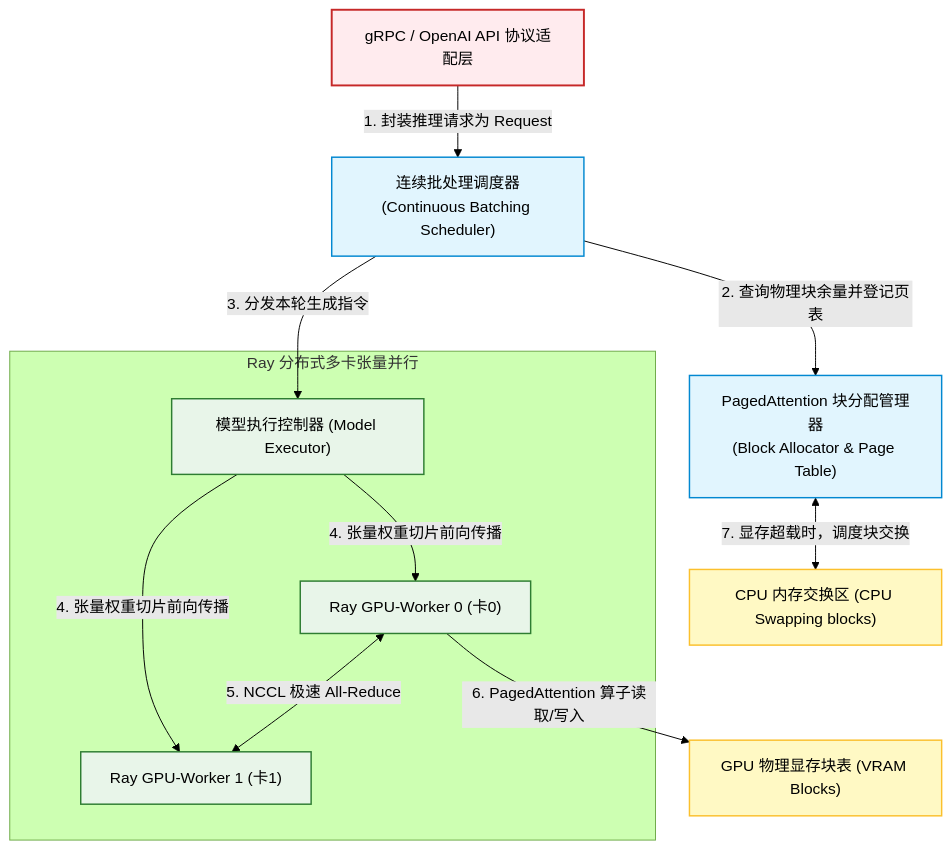
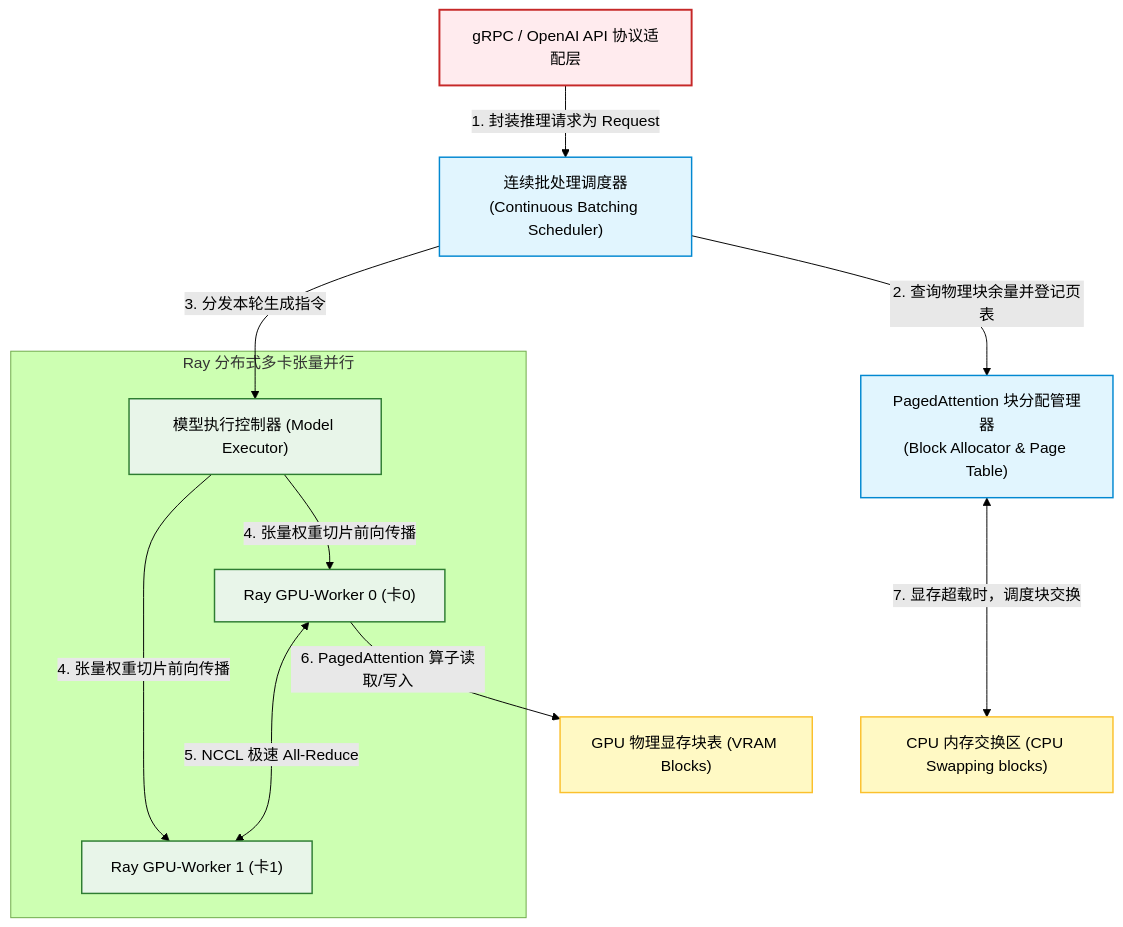
Before and after one commit to koosai/AI-Architect-Learning: the third of 8 diagrams in docs/atlas/vllm.mdx, drawn with Mermaid (forest theme). The commit also changed 68 other files, not shown here.

Commit message:
fix(atlas): fix browser client-side Mermaid rendering for mindmaps and flowcharts across 67 case studies

````diff
--- a/docs/atlas/vllm.mdx
+++ b/docs/atlas/vllm.mdx
@@ -160,23 +160,23 @@
 ```mermaid
 graph TB
   classDef interface fill:#ffebee,stroke:#c62828,stroke-width:2px;
   classDef scheduler fill:#e1f5fe,stroke:#0288d1,stroke-width:1.5px;
   classDef engine fill:#e8f5e9,stroke:#2e7d32,stroke-width:1.5px;
   classDef hardware fill:#fff9c4,stroke:#fbc02d,stroke-width:1.5px;
 
   HttpApi["gRPC / OpenAI API 协议适配层"]:::interface -->|1. 封装推理请求为 Request| Scheduler["连续批处理调度器<br/>(Continuous Batching Scheduler)"]:::scheduler
   
   Scheduler -->|2. 查询物理块余量并登记页表| BlockManager["PagedAttention 块分配管理器<br/>(Block Allocator & Page Table)"]:::scheduler
   
   Scheduler -->|3. 分发本轮生成指令| ModelExecutor["模型执行控制器 (Model Executor)"]:::engine
   
   subgraph DistributedParallel ["Ray 分布式多卡张量并行"]
     ModelExecutor -->|4. 张量权重切片前向传播| RayWorker1["Ray GPU-Worker 0 (卡0)"]:::engine
     ModelExecutor -->|4. 张量权重切片前向传播| RayWorker2["Ray GPU-Worker 1 (卡1)"]:::engine
     
-    RayWorker1 <-->|5. NCCL 极速 All-Reduce| RayWorker2
+    RayWorker1 <--->|5. NCCL 极速 All-Reduce| RayWorker2
   end
   
   RayWorker1 -->|6. PagedAttention 算子读取/写入| VRAM_Blocks["GPU 物理显存块表 (VRAM Blocks)"]:::hardware
-  BlockManager <-->|7. 显存超载时，调度块交换| CPU_RAM_Blocks["CPU 内存交换区 (CPU Swapping blocks)"]:::hardware
+  BlockManager <--->|7. 显存超载时，调度块交换| CPU_RAM_Blocks["CPU 内存交换区 (CPU Swapping blocks)"]:::hardware
 ```
````
